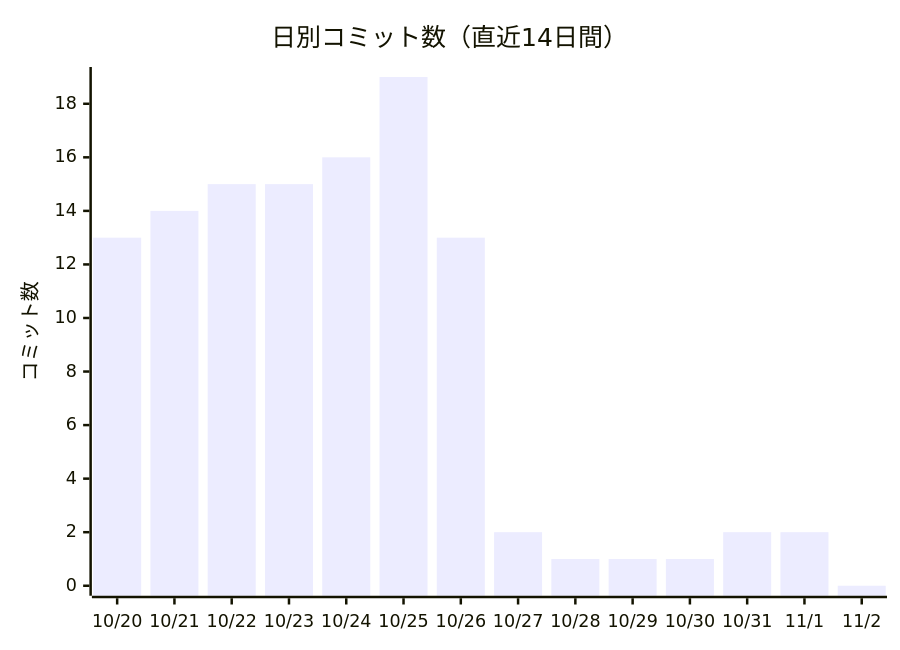
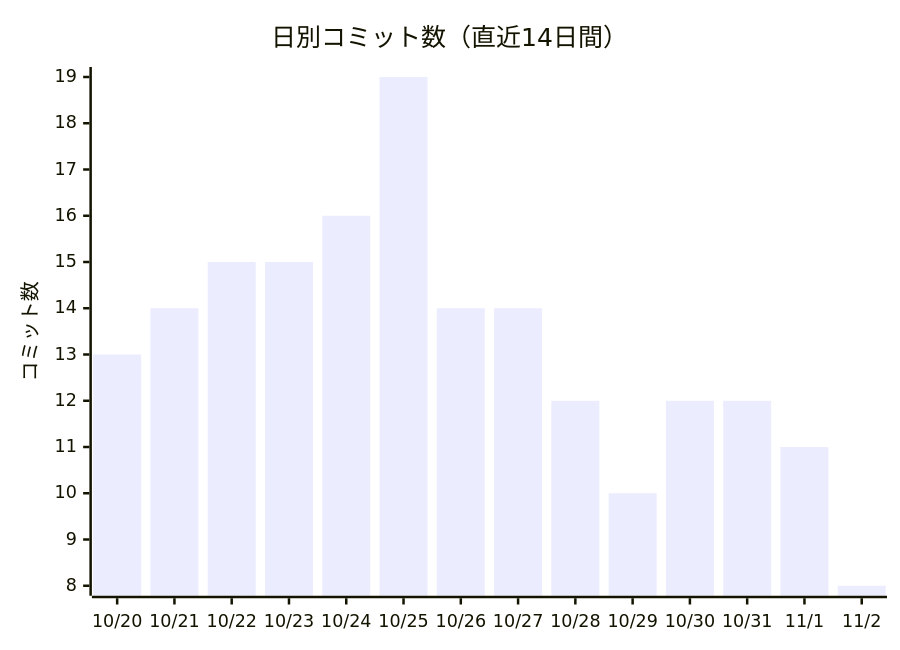
One commit to non-x2/non-x2 changed the first of 2 diagrams in docs/進化レポート.md. Above: the diagram before and after it, drawn with Mermaid. The commit also changed other lines of this file and 2 other files, not shown here.

````diff
--- a/docs/進化レポート.md
+++ b/docs/進化レポート.md
@@ -23,7 +23,7 @@
 ```mermaid
 xychart-beta
     title "日別コミット数（直近14日間）"
     x-axis ["10/20", "10/21", "10/22", "10/23", "10/24", "10/25", "10/26", "10/27", "10/28", "10/29", "10/30", "10/31", "11/1", "11/2"]
     y-axis "コミット数"
-    bar [13, 14, 15, 15, 16, 19, 13, 2, 1, 1, 1, 2, 2, 0]
+    bar [13, 14, 15, 15, 16, 19, 14, 14, 12, 10, 12, 12, 11, 8]
 ```
````
